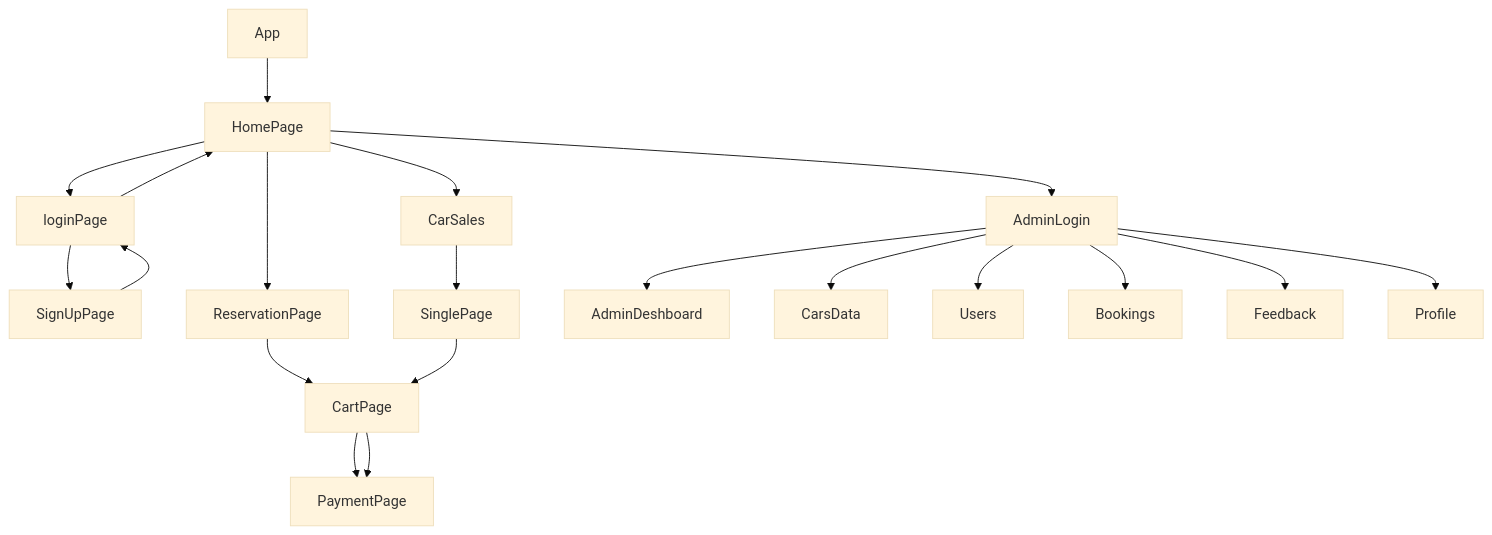
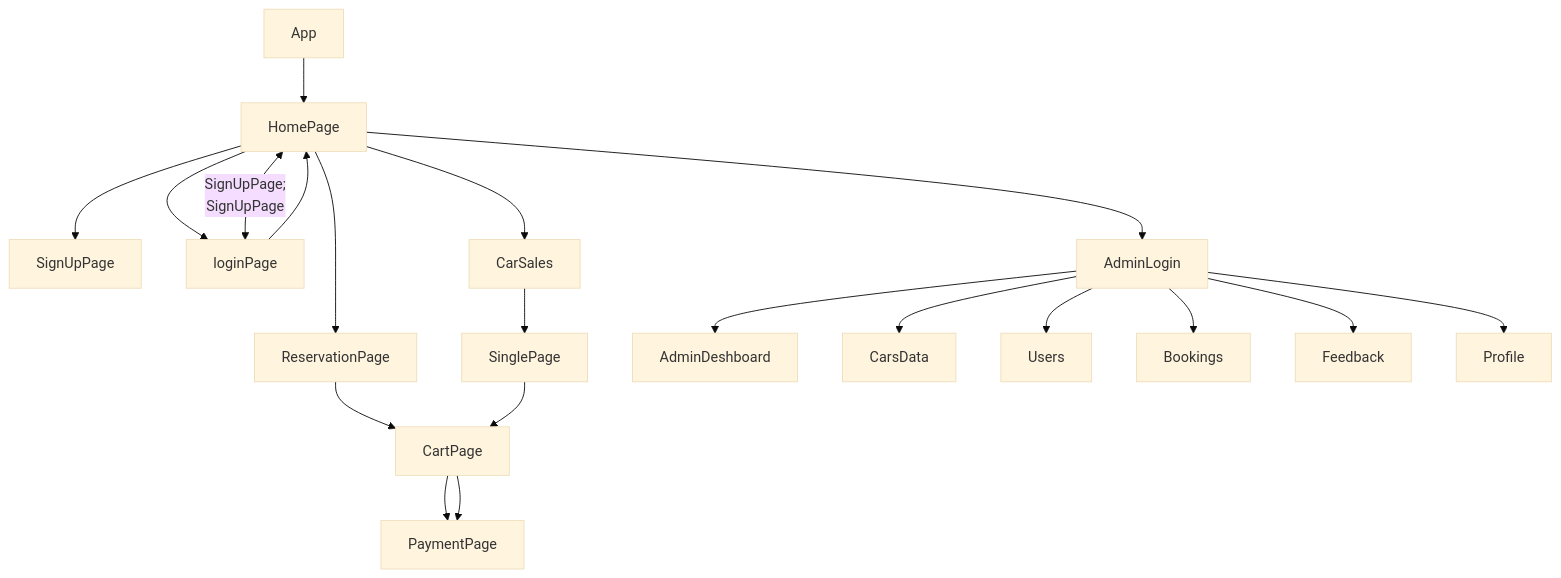
Before and after one commit to shikhu51197/Avis-Rentals: the diagram in README.md, drawn with Mermaid (base theme).

````diff
--- a/README.md
+++ b/README.md
@@ -85,24 +85,25 @@
 ```mermaid
 graph TD;
     App-->HomePage
+    HomePage-->SignUpPage;
     HomePage-->loginPage;
-    loginPage-->SignUpPage;
+     HomePage<--SignUpPage;
       SignUpPage-->loginPage;
        loginPage-->HomePage;
       
        HomePage --> ReservationPage
        ReservationPage-->CartPage
        CartPage-->PaymentPage
        HomePage -->CarSales
        CarSales-->SinglePage
        SinglePage --> CartPage
        CartPage-->PaymentPage
        HomePage --> AdminLogin
        AdminLogin-->AdminDeshboard
        AdminLogin -->CarsData
        AdminLogin -->Users
        AdminLogin -->Bookings
        AdminLogin -->Feedback
        AdminLogin -->Profile
        
 ```
````
